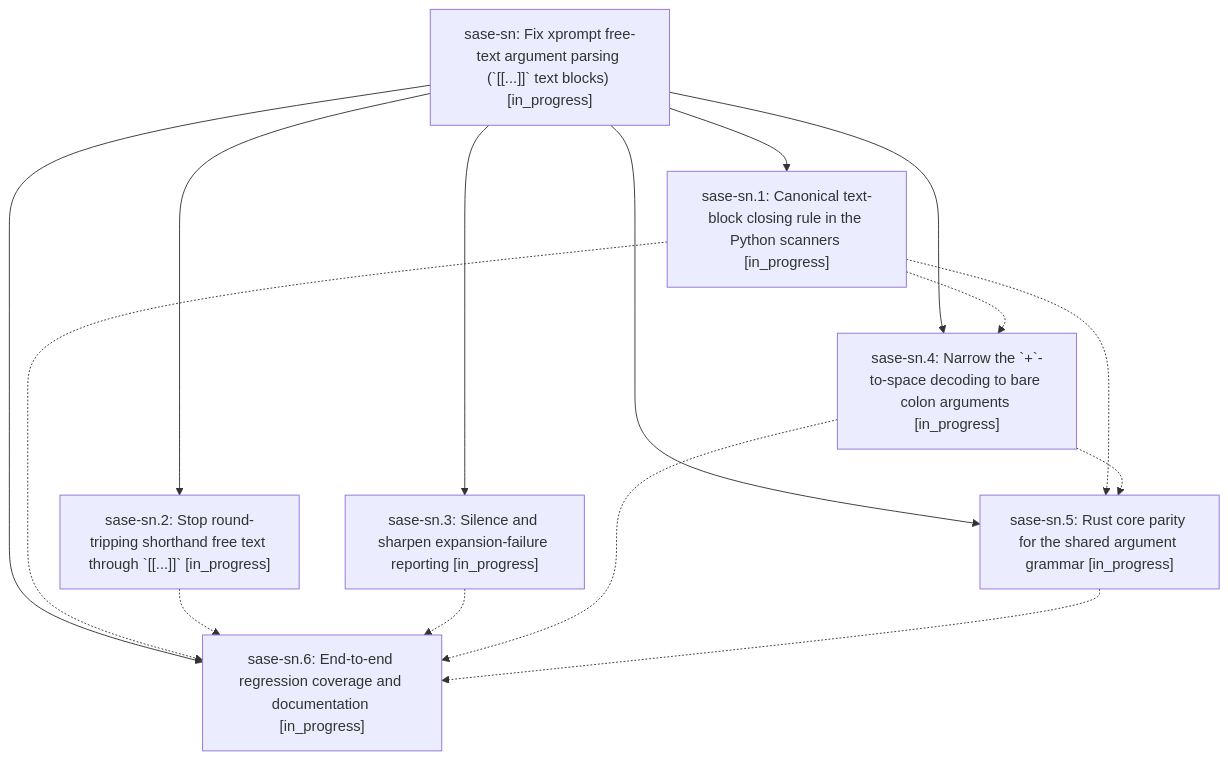
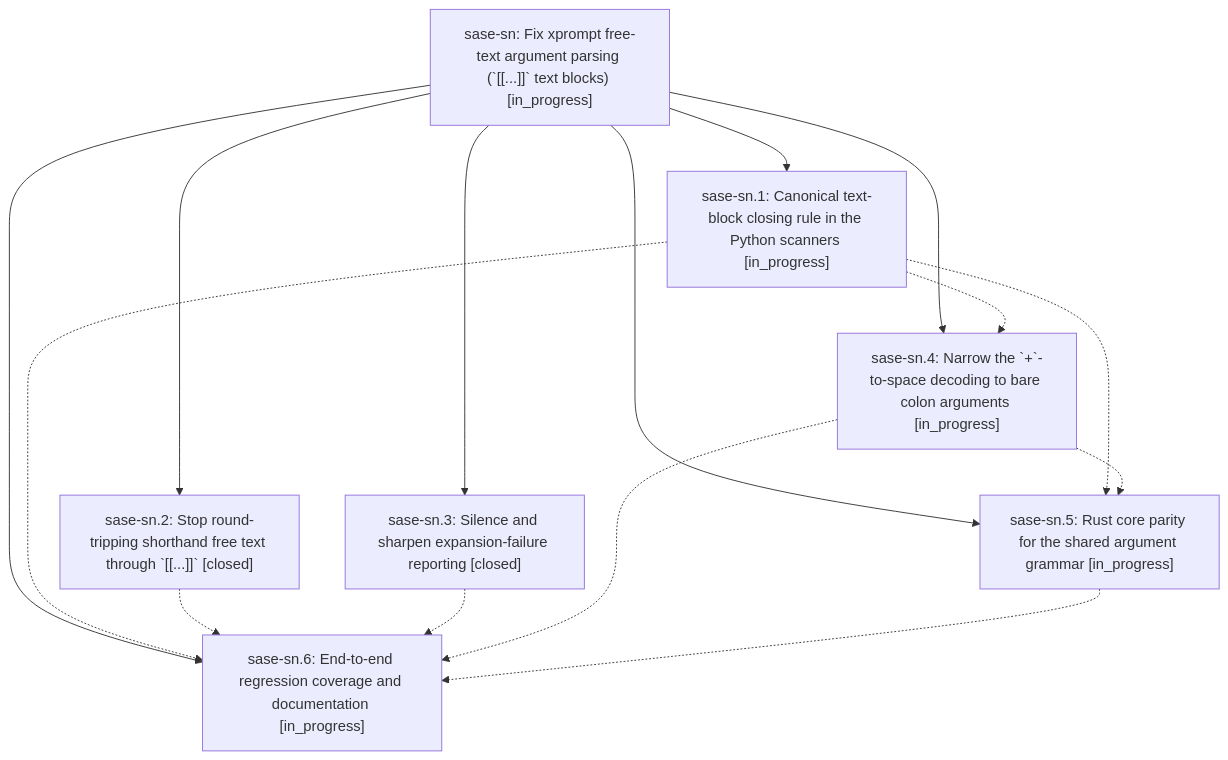
One commit to sase-org/sase--beads changed the diagram in pages/sase-sn/README.md. Above: the diagram before and after it, drawn with Mermaid. The commit also changed other lines of this file and 3 other files, not shown here.

````diff
--- a/pages/sase-sn/README.md
+++ b/pages/sase-sn/README.md
@@ -27,24 +27,24 @@
 ```mermaid
 flowchart TD
     n0["sase-sn: Fix xprompt free-text argument parsing (`[[...]]` text blocks) [in_progress]"]
     n1["sase-sn.1: Canonical text-block closing rule in the Python scanners [in_progress]"]
-    n2["sase-sn.2: Stop round-tripping shorthand free text through `[[...]]` [in_progress]"]
-    n3["sase-sn.3: Silence and sharpen expansion-failure reporting [in_progress]"]
+    n2["sase-sn.2: Stop round-tripping shorthand free text through `[[...]]` [closed]"]
+    n3["sase-sn.3: Silence and sharpen expansion-failure reporting [closed]"]
     n4["sase-sn.4: Narrow the `+`-to-space decoding to bare colon arguments [in_progress]"]
     n5["sase-sn.5: Rust core parity for the shared argument grammar [in_progress]"]
     n6["sase-sn.6: End-to-end regression coverage and documentation [in_progress]"]
     n0 --> n1
     n0 --> n2
     n0 --> n3
     n0 --> n4
     n0 --> n5
     n0 --> n6
     n1 -.-> n4
     n1 -.-> n5
     n1 -.-> n6
     n2 -.-> n6
     n3 -.-> n6
     n4 -.-> n5
     n4 -.-> n6
     n5 -.-> n6
 ```
````
